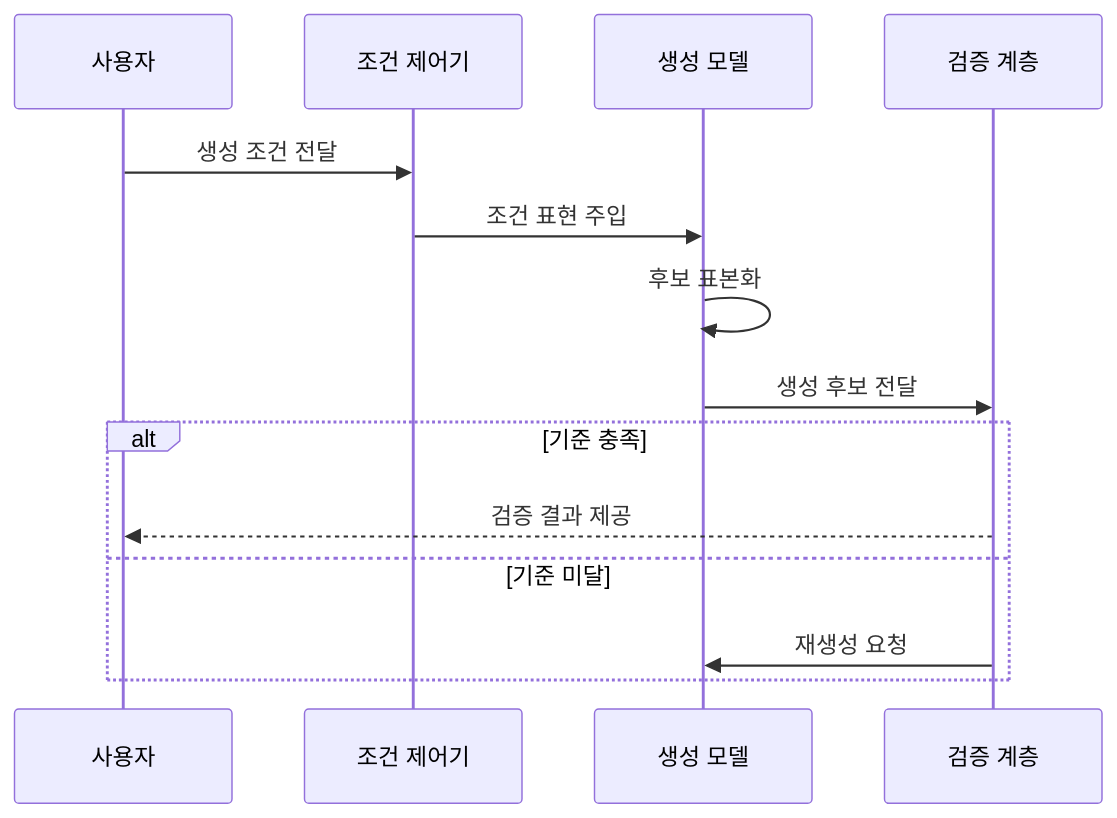
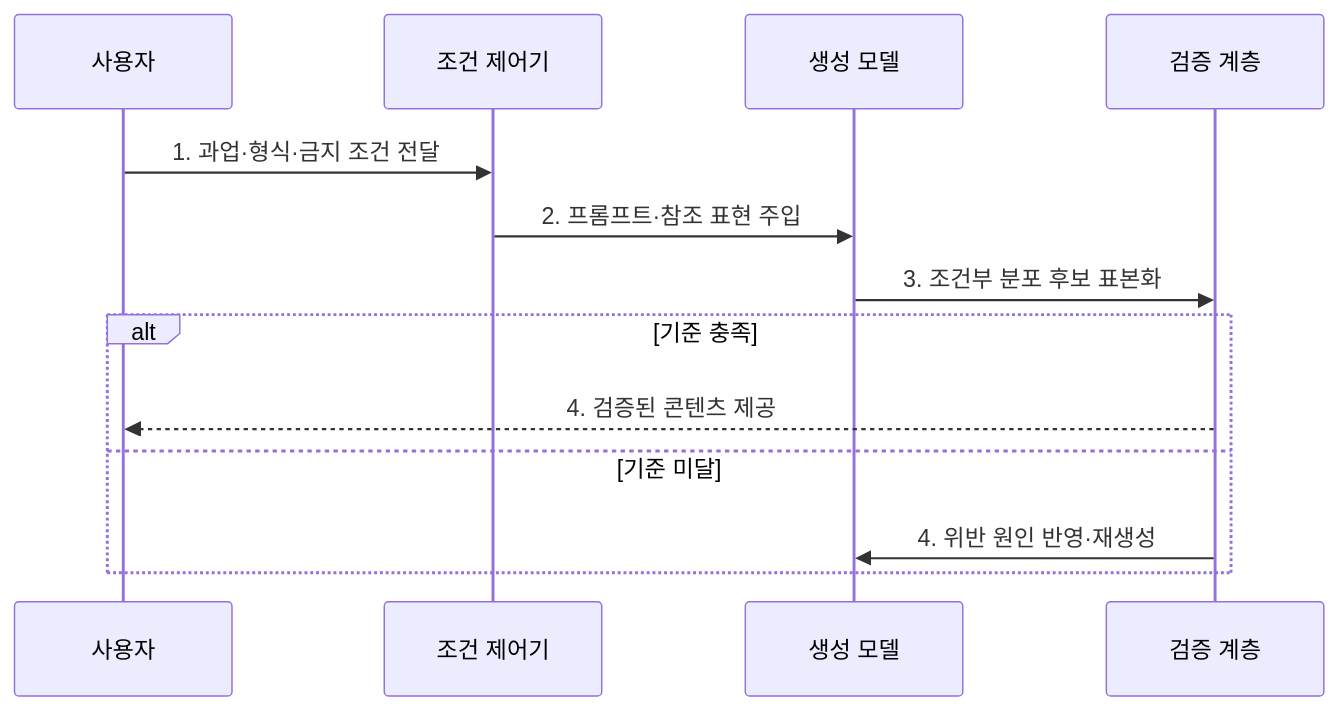
Before and after one commit to agnusdei1207/knowledge-base: the second of 2 diagrams in src/content/docs/notes/08-latest-tech/025_generative_ai.md, drawn with Mermaid. The commit also changed other lines of this file and 26 other files, not shown here.

````diff
--- a/src/content/docs/notes/08-latest-tech/025_generative_ai.md
+++ b/src/content/docs/notes/08-latest-tech/025_generative_ai.md
@@ -82,16 +74,15 @@
 ```mermaid
 sequenceDiagram
     participant U as 사용자
     participant C as 조건 제어기
     participant M as 생성 모델
     participant V as 검증 계층
-    U->>C: 생성 조건 전달
-    C->>M: 조건 표현 주입
-    M->>M: 후보 표본화
-    M->>V: 생성 후보 전달
+    U->>C: 1. 과업·형식·금지 조건 전달
+    C->>M: 2. 프롬프트·참조 표현 주입
+    M->>V: 3. 조건부 분포 후보 표본화
     alt 기준 충족
-        V-->>U: 검증 결과 제공
+        V-->>U: 4. 검증된 콘텐츠 제공
     else 기준 미달
-        V->>M: 재생성 요청
+        V->>M: 4. 위반 원인 반영·재생성
     end
 ```
````
